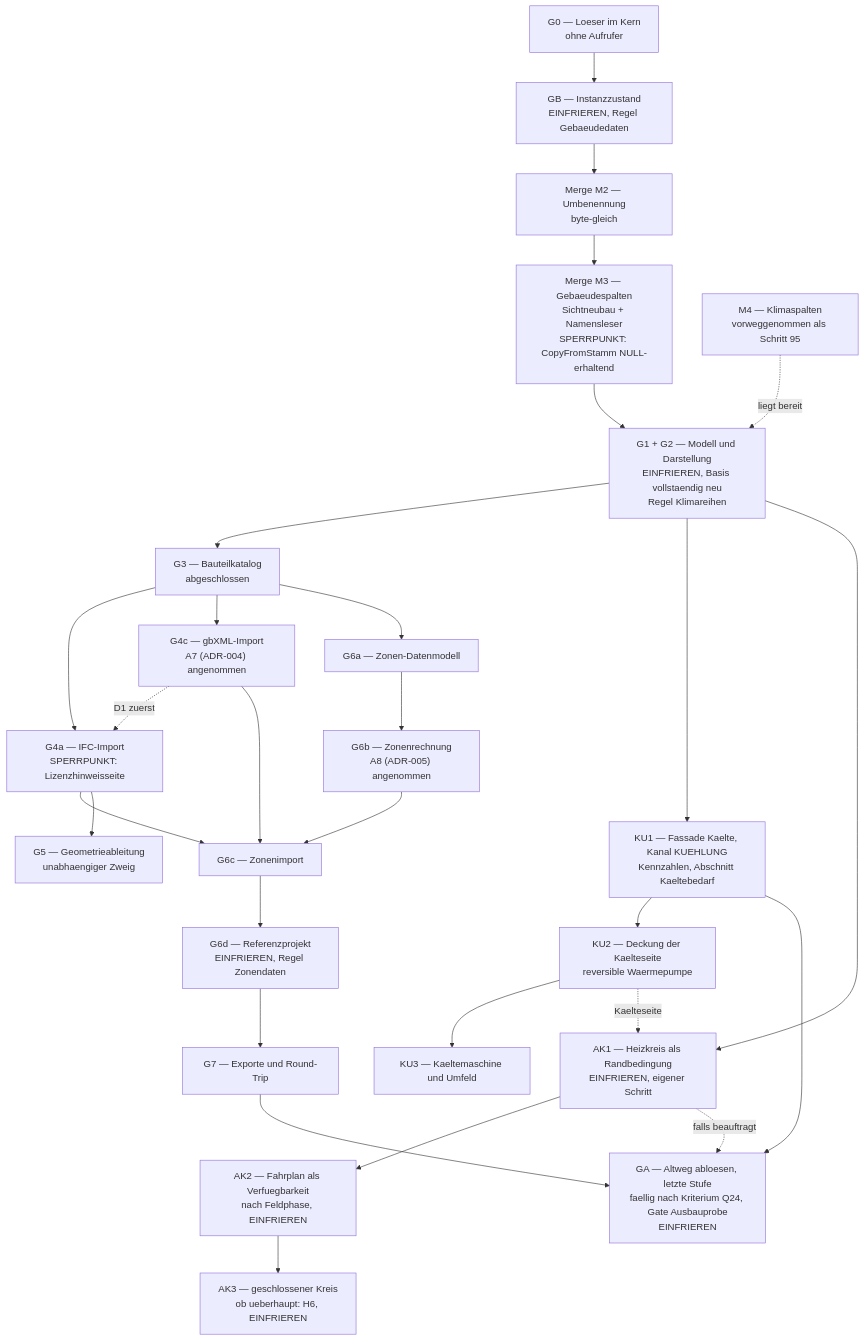
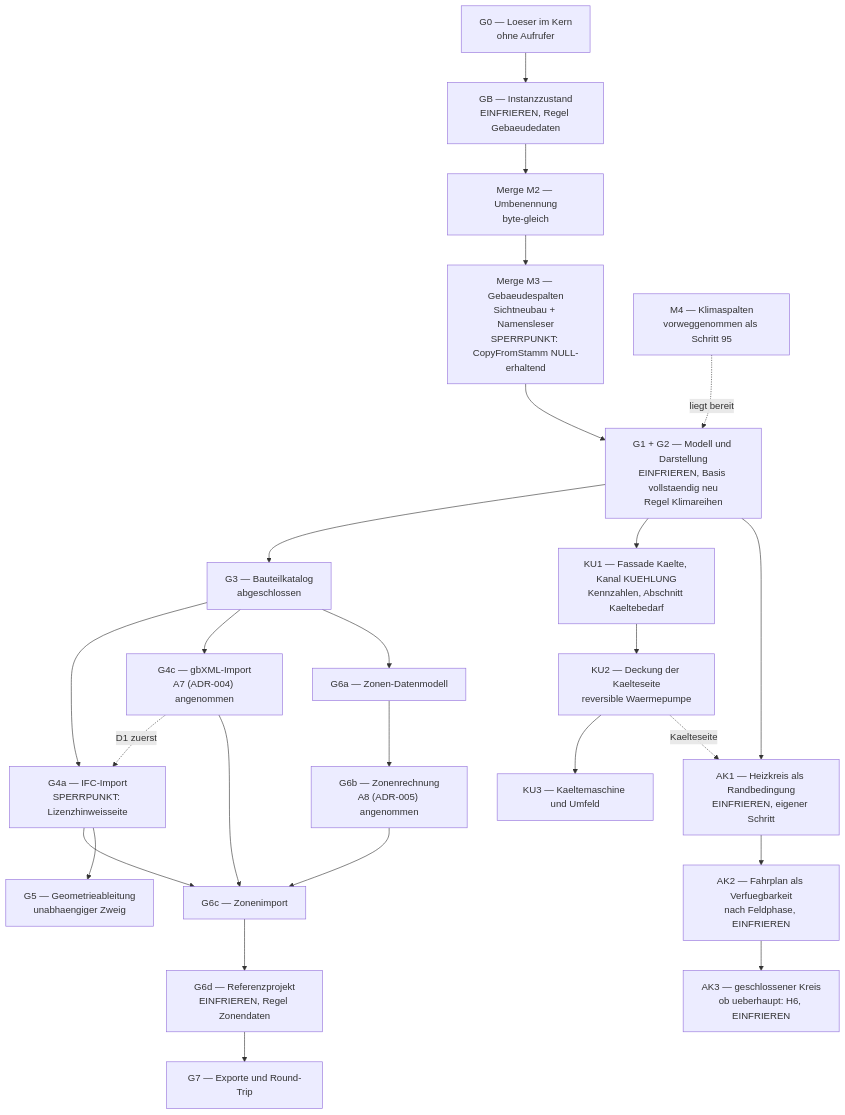
One commit to inekon/EPOS-Plan changed diagram 16 of 16 in Dokumentation/aktuell/Softwarearchitektur_Gebaeudesimulation_EPOS-Plan.md. Above: the diagram before and after it, drawn with Mermaid. The commit also changed other lines of this file, not shown here.

````diff
--- a/Dokumentation/aktuell/Softwarearchitektur_Gebaeudesimulation_EPOS-Plan.md
+++ b/Dokumentation/aktuell/Softwarearchitektur_Gebaeudesimulation_EPOS-Plan.md
@@ -2346,30 +2336,27 @@
 ```mermaid
 flowchart TB
   G0["G0 — Loeser im Kern<br/>ohne Aufrufer"] --> GB["GB — Instanzzustand<br/>EINFRIEREN, Regel Gebaeudedaten"]
   GB --> M2["Merge M2 — Umbenennung<br/>byte-gleich"]
   M2 --> M3["Merge M3 — Gebaeudespalten<br/>Sichtneubau + Namensleser<br/>SPERRPUNKT: CopyFromStamm NULL-erhaltend"]
   M3 --> G12["G1 + G2 — Modell und Darstellung<br/>EINFRIEREN, Basis vollstaendig neu<br/>Regel Klimareihen"]
   M4["M4 — Klimaspalten<br/>vorweggenommen als Schritt 95"] -.->|liegt bereit| G12
   G12 --> G3["G3 — Bauteilkatalog<br/>abgeschlossen"]
   G3 --> G4A["G4a — IFC-Import<br/>SPERRPUNKT: Lizenzhinweisseite"]
   G3 --> G4C["G4c — gbXML-Import<br/>A7 (ADR-004) angenommen"]
   G4C -.->|D1 zuerst| G4A
   G3 --> G6A["G6a — Zonen-Datenmodell"]
   G4A --> G6C
   G4C --> G6C
   G6A --> G6B["G6b — Zonenrechnung<br/>A8 (ADR-005) angenommen"]
   G6B --> G6C["G6c — Zonenimport"]
   G6C --> G6D["G6d — Referenzprojekt<br/>EINFRIEREN, Regel Zonendaten"]
   G6D --> G7["G7 — Exporte und Round-Trip"]
   G4A --> G5["G5 — Geometrieableitung<br/>unabhaengiger Zweig"]
   G12 --> KU1["KU1 — Fassade Kaelte, Kanal KUEHLUNG<br/>Kennzahlen, Abschnitt Kaeltebedarf"]
   KU1 --> KU2["KU2 — Deckung der Kaelteseite<br/>reversible Waermepumpe"]
   KU2 --> KU3["KU3 — Kaeltemaschine und Umfeld"]
   G12 --> AK1["AK1 — Heizkreis als Randbedingung<br/>EINFRIEREN, eigener Schritt"]
   KU2 -.->|Kaelteseite| AK1
   AK1 --> AK2["AK2 — Fahrplan als Verfuegbarkeit<br/>nach Feldphase, EINFRIEREN"]
   AK2 --> AK3["AK3 — geschlossener Kreis<br/>ob ueberhaupt: H6, EINFRIEREN"]
-  G7 --> GA["GA — Altweg abloesen, letzte Stufe<br/>faellig nach Kriterium Q24, Gate Ausbauprobe<br/>EINFRIEREN"]
-  KU1 --> GA
-  AK1 -.->|falls beauftragt| GA
 ```
````
